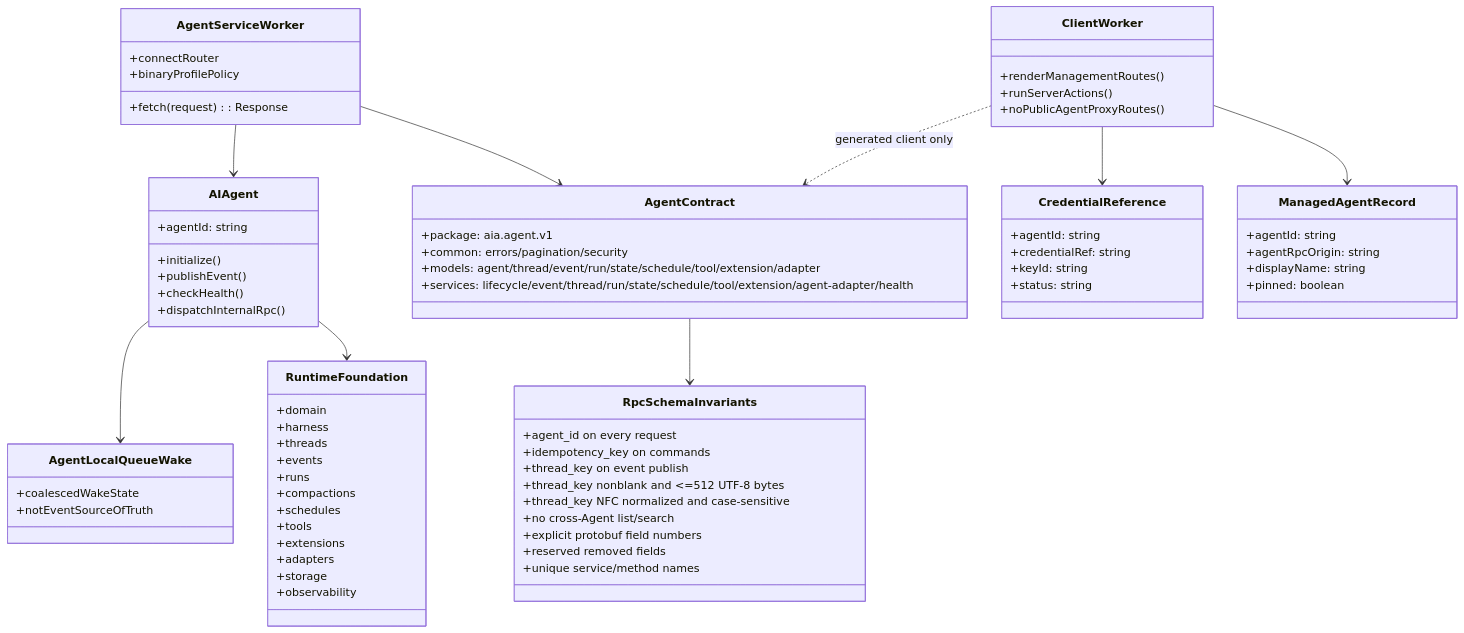
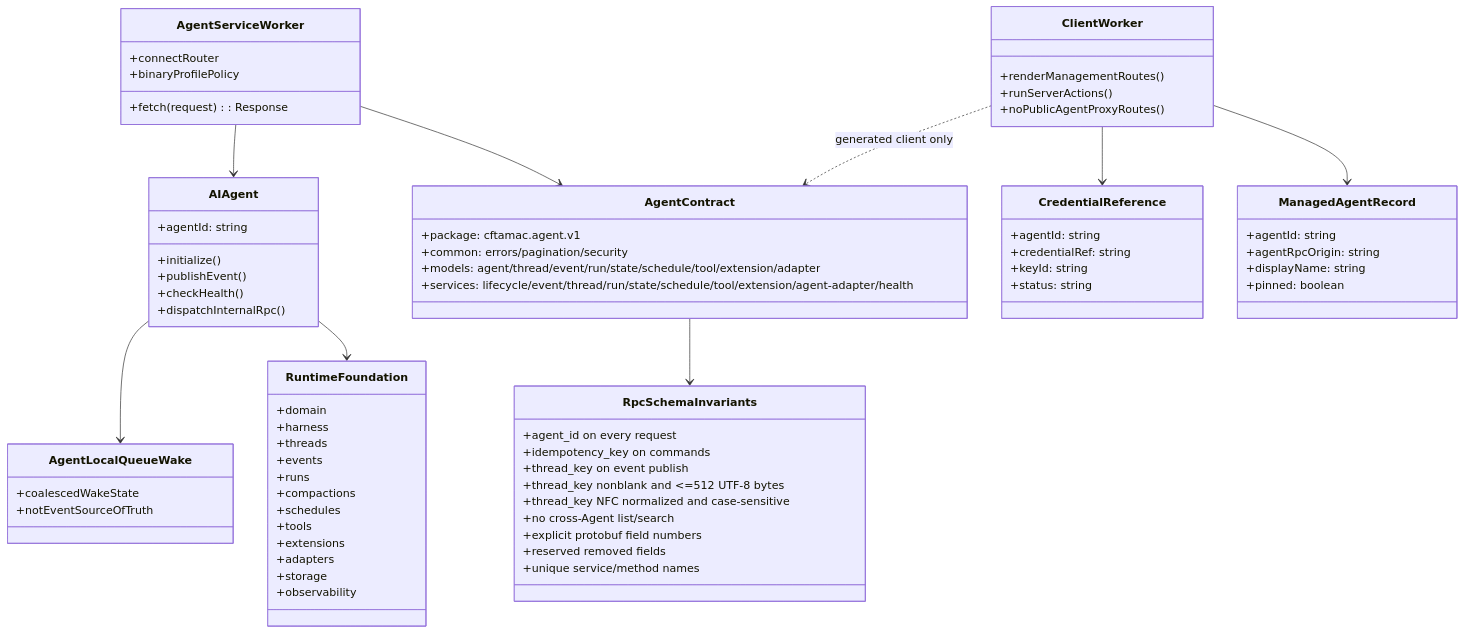
Before and after one commit to Suzlun/cf-tamac: the fourth of 6 diagrams in openspec/changes/establish-agent-service-foundation/design.md, drawn with Mermaid. The commit also changed other lines of this file and 368 other files, not shown here.

````diff
--- a/openspec/changes/establish-agent-service-foundation/design.md
+++ b/openspec/changes/establish-agent-service-foundation/design.md
@@ -540,76 +536,76 @@
 ```mermaid
 classDiagram
   class AgentServiceWorker {
     +fetch(request): Response
     +connectRouter
     +binaryProfilePolicy
   }
   class AIAgent {
     +agentId: string
     +initialize()
     +publishEvent()
     +checkHealth()
     +dispatchInternalRpc()
   }
   class AgentContract {
-    +package: aia.agent.v1
+    +package: cftamac.agent.v1
     +common: errors/pagination/security
     +models: agent/thread/event/run/state/schedule/tool/extension/adapter
     +services: lifecycle/event/thread/run/state/schedule/tool/extension/agent-adapter/health
   }
   class RuntimeFoundation {
     +domain
     +harness
     +threads
     +events
     +runs
     +compactions
     +schedules
     +tools
     +extensions
     +adapters
     +storage
     +observability
   }
   class RpcSchemaInvariants {
     +agent_id on every request
     +idempotency_key on commands
     +thread_key on event publish
     +thread_key nonblank and <=512 UTF-8 bytes
     +thread_key NFC normalized and case-sensitive
     +no cross-Agent list/search
     +explicit protobuf field numbers
     +reserved removed fields
     +unique service/method names
   }
   class AgentLocalQueueWake {
     +coalescedWakeState
     +notEventSourceOfTruth
   }
   class ClientWorker {
     +renderManagementRoutes()
     +runServerActions()
     +noPublicAgentProxyRoutes()
   }
   class ManagedAgentRecord {
     +agentId: string
     +agentRpcOrigin: string
     +displayName: string
     +pinned: boolean
   }
   class CredentialReference {
     +agentId: string
     +credentialRef: string
     +keyId: string
     +status: string
   }
 
   AgentServiceWorker --> AgentContract
   AgentContract --> RpcSchemaInvariants
   AgentServiceWorker --> AIAgent
   AIAgent --> RuntimeFoundation
   AIAgent --> AgentLocalQueueWake
   ClientWorker --> ManagedAgentRecord
   ClientWorker --> CredentialReference
   ClientWorker ..> AgentContract : generated client only
 ```
````
